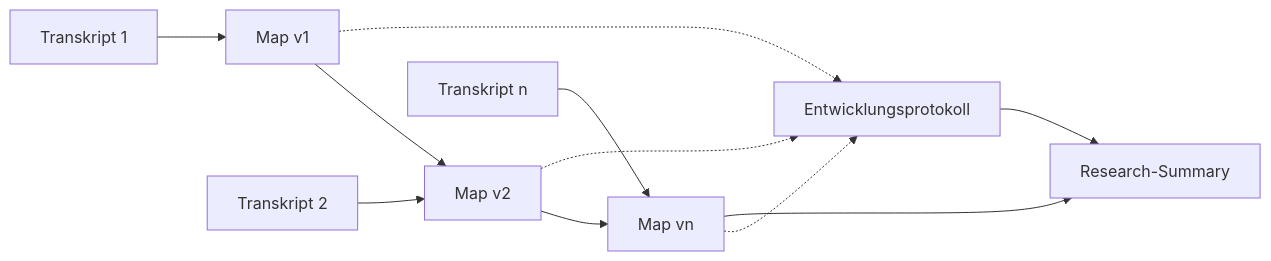
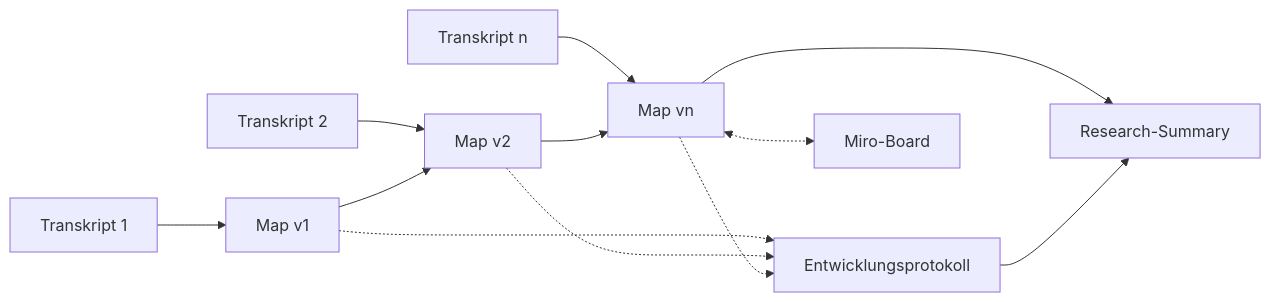
Before and after one commit to ScreaminHias67/ux_research_skills: the diagram in README.md, drawn with Mermaid. The commit also changed other lines of this file and 2 other files, not shown here.

Commit message:
Dokumentation an Emergenz, Sprecherprüfung, Skripte und affinity-miro angepasst

````diff
--- a/README.md
+++ b/README.md
@@ -36,12 +37,13 @@
 ```mermaid
 flowchart LR
     T1[Transkript 1] --> M1[Map v1]
     T2[Transkript 2] --> M2[Map v2]
     Tn[Transkript n] --> Mn[Map vn]
     M1 --> M2 --> Mn
     M1 -.-> E[Entwicklungsprotokoll]
     M2 -.-> E
     Mn -.-> E
+    Mn <-.-> B[Miro-Board]
     Mn --> S[Research-Summary]
     E --> S
 ```
````
